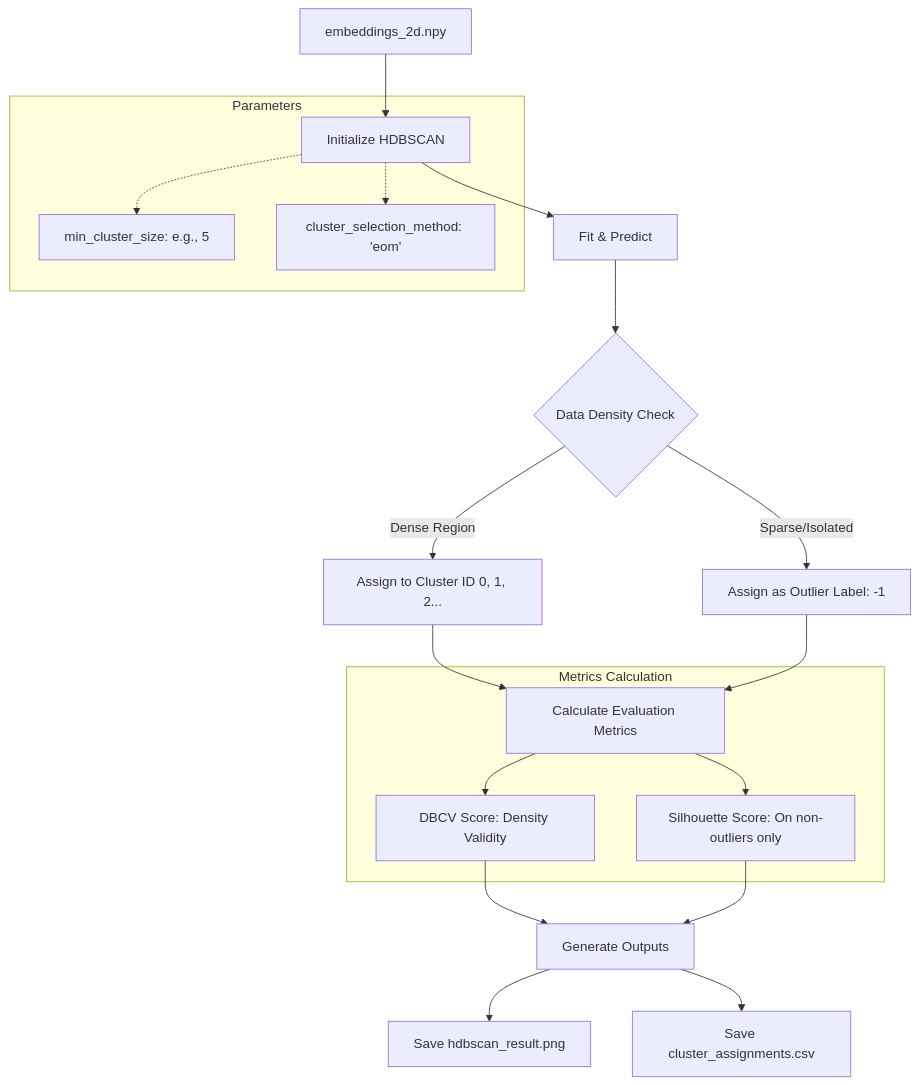
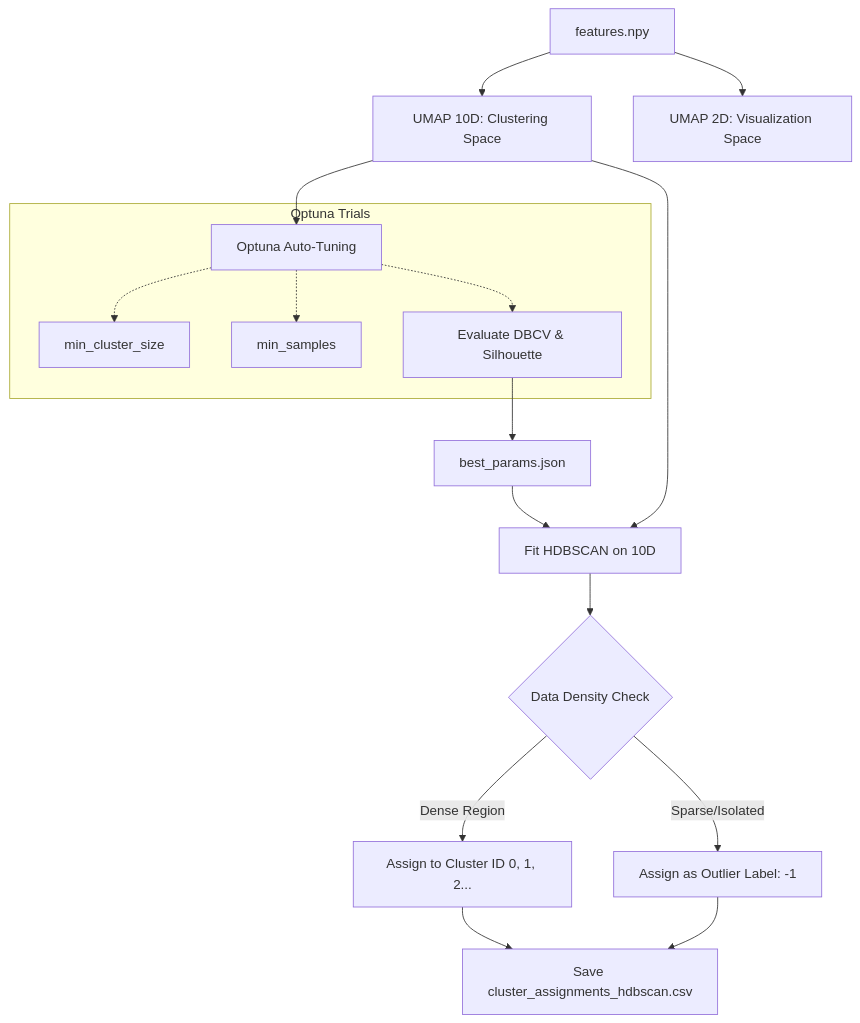
Before and after one commit to Official-Fidev/dino_vits16_togog_clustering: the second of 3 diagrams in FLOWCHART_UPDATED.md, drawn with Mermaid. The commit also changed other lines of this file and 13 other files, not shown here.

Commit message:
feat: integrate Optuna-based auto-tuning for HDBSCAN parameters, support multi-dimensional embeddings for clustering, and implement automated pipeline execution logging.

````diff
--- a/FLOWCHART_UPDATED.md
+++ b/FLOWCHART_UPDATED.md
@@ -22,29 +24,26 @@
 ```mermaid
 graph TD
-    Embed[embeddings_2d.npy] --> HDB[Initialize HDBSCAN]
+    Feat[features.npy] --> DR10[UMAP 10D: Clustering Space]
+    Feat --> DR2[UMAP 2D: Visualization Space]
     
-    subgraph "Parameters"
-    HDB -.-> P1[min_cluster_size: e.g., 5]
-    HDB -.-> P2[cluster_selection_method: 'eom']
+    DR10 --> AutoTune[Optuna Auto-Tuning]
+    
+    subgraph "Optuna Trials"
+    AutoTune -.-> Param1[min_cluster_size]
+    AutoTune -.-> Param2[min_samples]
+    AutoTune -.-> Eval[Evaluate DBCV & Silhouette]
     end
     
-    HDB --> Fit[Fit & Predict]
-    Fit --> Split{Data Density Check}
+    Eval --> BestParams[best_params.json]
+    
+    BestParams --> HDB[Initialize HDBSCAN with Best Params]
+    DR10 --> HDB[Fit HDBSCAN on 10D]
+    
+    HDB --> Split{Data Density Check}
     
     Split -->|Dense Region| Core[Assign to Cluster ID 0, 1, 2...]
     Split -->|Sparse/Isolated| Outlier[Assign as Outlier Label: -1]
     
-    Core --> Metrics[Calculate Evaluation Metrics]
-    Outlier --> Metrics
-    
-    subgraph "Metrics Calculation"
-    Metrics --> DBCV[DBCV Score: Density Validity]
-    Metrics --> Sil[Silhouette Score: On non-outliers only]
-    end
-    
-    DBCV --> Output[Generate Outputs]
-    Sil --> Output
-    
-    Output --> Plot[Save hdbscan_result.png]
-    Output --> CSV[Save cluster_assignments.csv]
+    Core --> OutDir[Save cluster_assignments_hdbscan.csv]
+    Outlier --> OutDir
 ```
````
